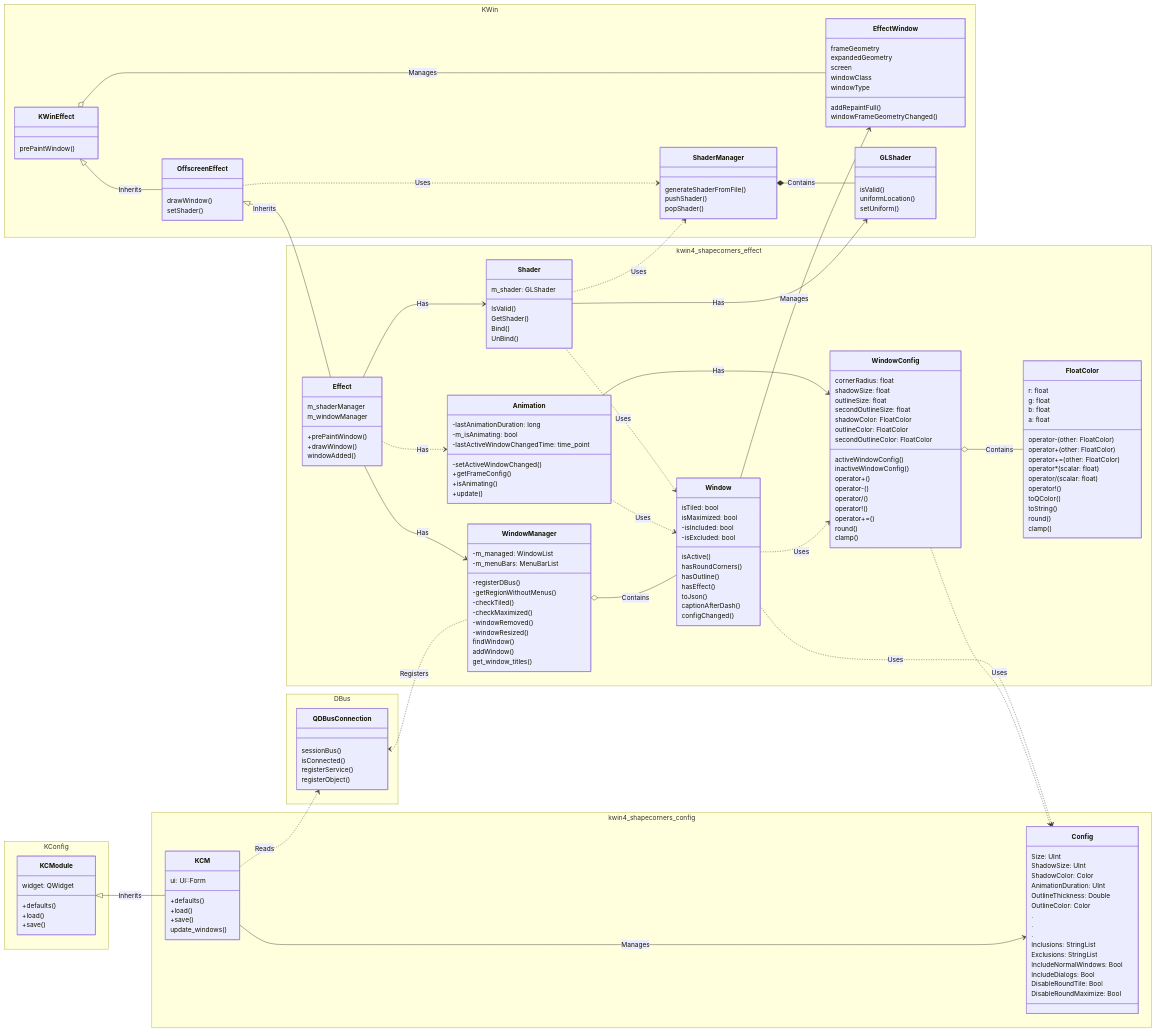
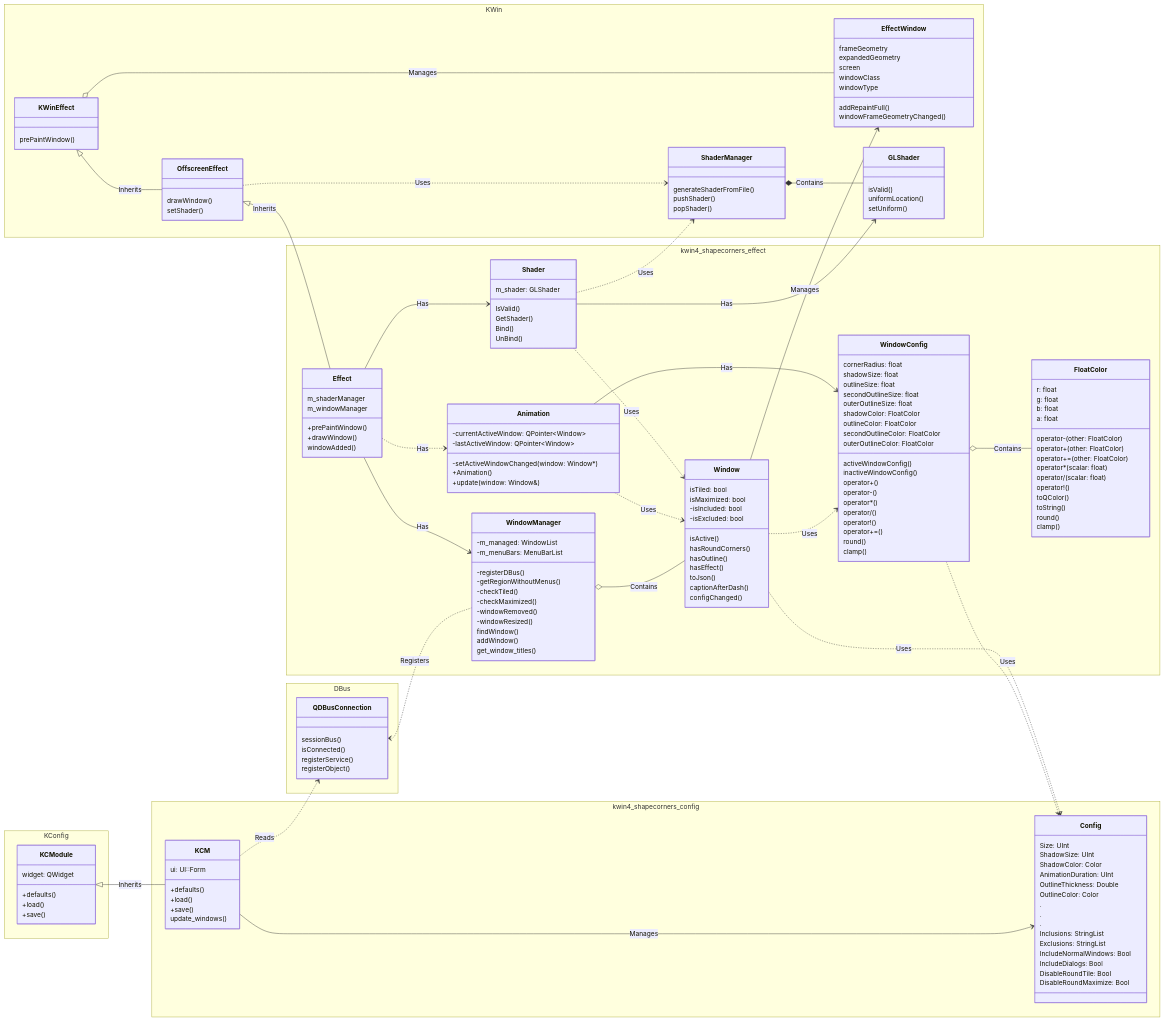
One commit to matinlotfali/KDE-Rounded-Corners changed the diagram in ClassDiagram.md. Above: the diagram before and after it, drawn with Mermaid. The commit also changed 16 other files, not shown here.

```diff
--- a/ClassDiagram.md
+++ b/ClassDiagram.md
@@ -64,13 +64,11 @@
         }
         
         class Animation {
-            -lastAnimationDuration: long
-            -m_isAnimating: bool
-            -lastActiveWindowChangedTime: time_point
-            -setActiveWindowChanged()
-            +getFrameConfig()
-            +isAnimating()
-            +update()
+            -currentActiveWindow: QPointer~Window~
+            -lastActiveWindow: QPointer~Window~
+            -setActiveWindowChanged(window: Window*)
+            +Animation()
+            +update(window: Window&)
         }
         
         class WindowManager {
@@ -92,13 +90,16 @@
             shadowSize: float
             outlineSize: float
             secondOutlineSize: float
+            outerOutlineSize: float
             shadowColor: FloatColor
             outlineColor: FloatColor
             secondOutlineColor: FloatColor
+            outerOutlineColor: FloatColor
             activeWindowConfig()
             inactiveWindowConfig()
             operator+()
             operator-()
+            operator*()
             operator/()
             operator!()
             operator+=()
```
